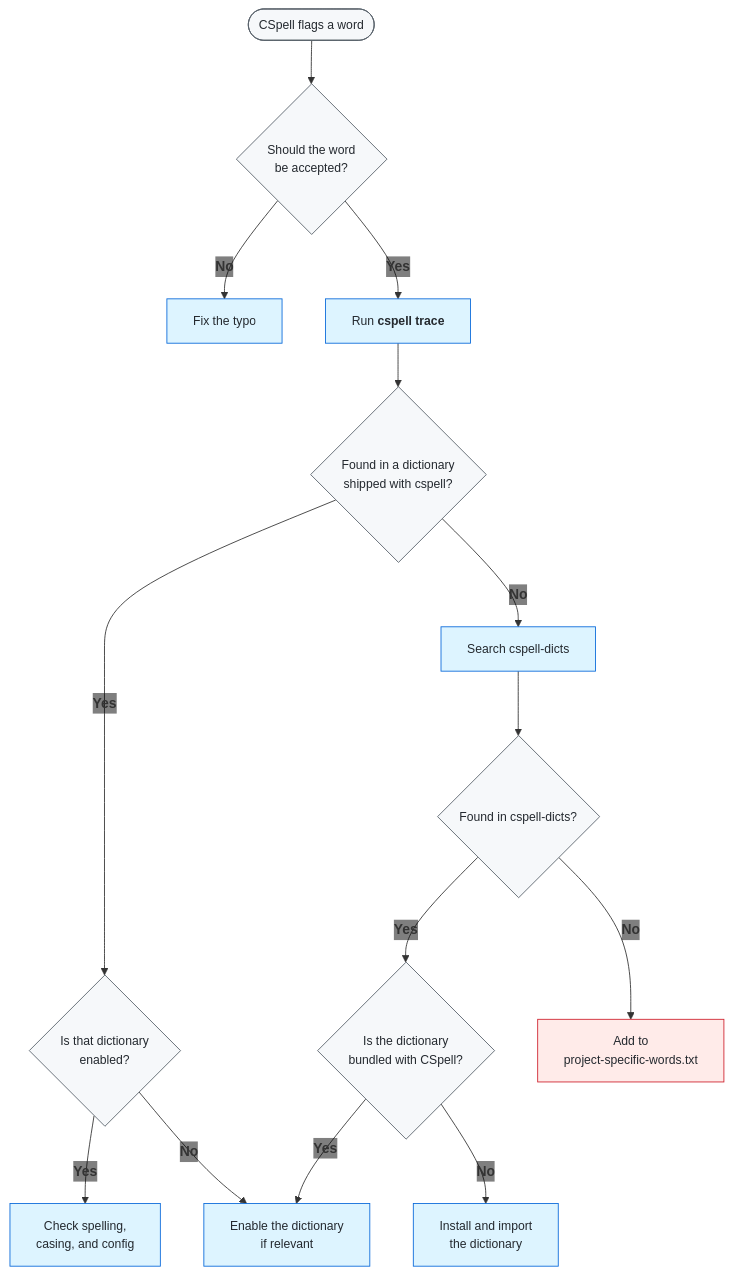
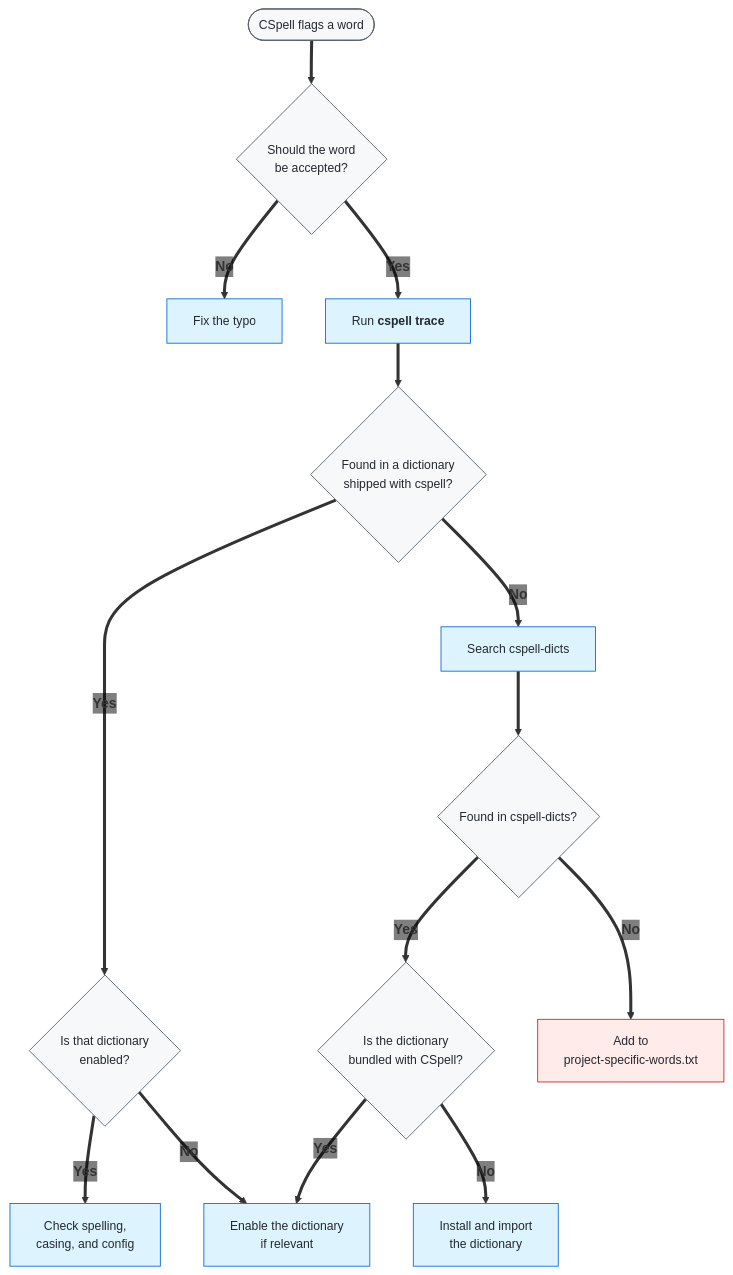
One commit to ScilifelabDataCentre/data-centre-template changed the diagram in .config/cspell/README.md. Above: the diagram before and after it, drawn with Mermaid.

Commit message:
thicker arrows

````diff
--- a/.config/cspell/README.md
+++ b/.config/cspell/README.md
@@ -75,35 +75,35 @@
 ```mermaid
 ---
 config:
   themeVariables:
     edgeLabelBackground: transparent
 ---
 flowchart TD
-    A([CSpell flags a word]) --> B{Should the word<br/>be accepted?}
+    A([CSpell flags a word]) ==> B{Should the word<br/>be accepted?}
 
-    B -->|"`**No**`"| C[Fix the typo]
-    B -->|"`**Yes**`"| D["`Run **cspell trace**`"]
+    B ==>|"`**No**`"| C[Fix the typo]
+    B ==>|"`**Yes**`"| D["`Run **cspell trace**`"]
 
-    D --> E{"`Found in a dictionary<br/>shipped with cspell?`"}
+    D ==> E{"`Found in a dictionary<br/>shipped with cspell?`"}
 
-    E -->|"`**Yes**`"| F{"`Is that dictionary<br/>enabled?`"}
-    F -->|"`**Yes**`"| G[Check spelling,<br/>casing, and config]
-    F -->|"`**No**`"| H[Enable the dictionary<br/>if relevant]
+    E ==>|"`**Yes**`"| F{"`Is that dictionary<br/>enabled?`"}
+    F ==>|"`**Yes**`"| G[Check spelling,<br/>casing, and config]
+    F ==>|"`**No**`"| H[Enable the dictionary<br/>if relevant]
 
-    E -->|"`**No**`"| I[Search cspell-dicts]
-    I --> J{"`Found in cspell-dicts?`"}
+    E ==>|"`**No**`"| I[Search cspell-dicts]
+    I ==> J{"`Found in cspell-dicts?`"}
 
-    J -->|"`**Yes**`"| K{"`Is the dictionary<br/>bundled with CSpell?`"}
-    K -->|"`**Yes**`"| H
-    K -->|"`**No**`"| L[Install and import<br/>the dictionary]
+    J ==>|"`**Yes**`"| K{"`Is the dictionary<br/>bundled with CSpell?`"}
+    K ==>|"`**Yes**`"| H
+    K ==>|"`**No**`"| L[Install and import<br/>the dictionary]
 
-    J -->|"`**No**`"| M[Add to<br/>project-specific-words.txt]
+    J ==>|"`**No**`"| M[Add to<br/>project-specific-words.txt]
 
     classDef neutral fill:#f6f8fa,stroke:#57606a,color:#24292f,font-size:14px;
     classDef do fill:#ddf4ff,stroke:#0969da,color:#24292f,font-size:14px;
     classDef fallback fill:#ffebe9,stroke:#cf222e,color:#24292f,font-size:14px;
 
     class A,B,E,F,J,K neutral; 
     class C,D,G,H,I,L do;
     class M fallback;
 ```
````
